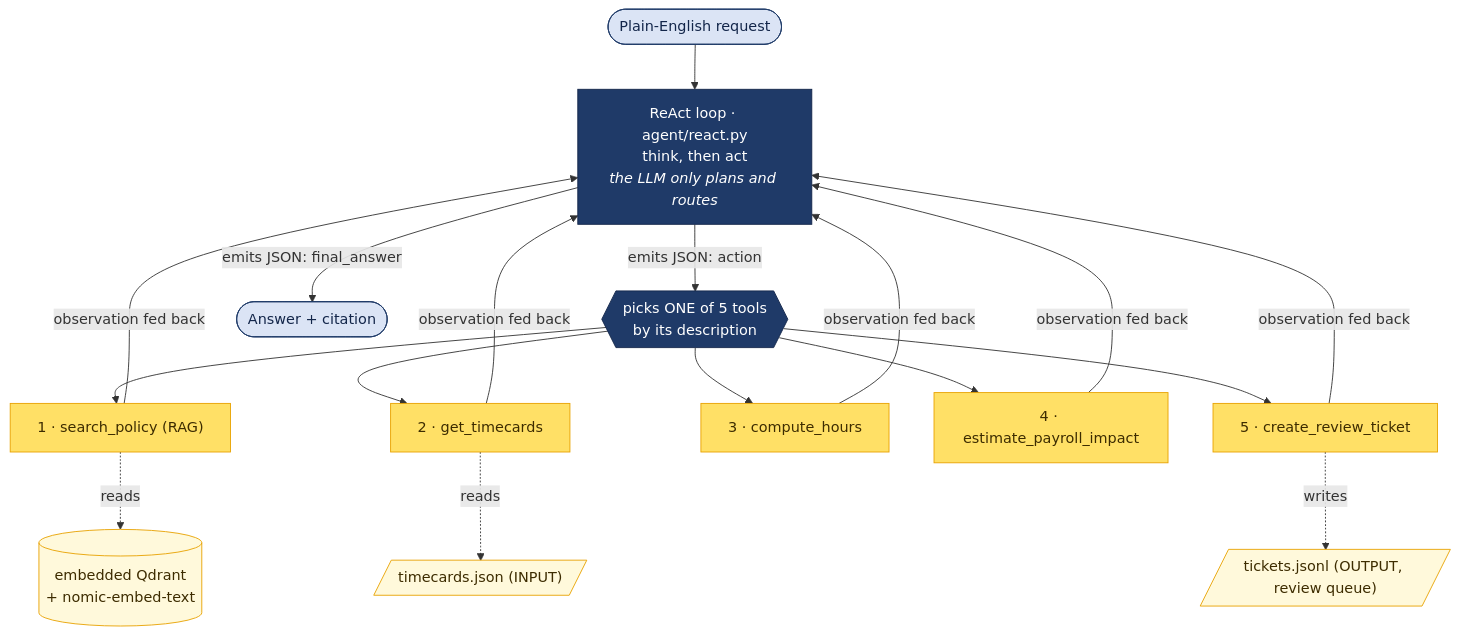
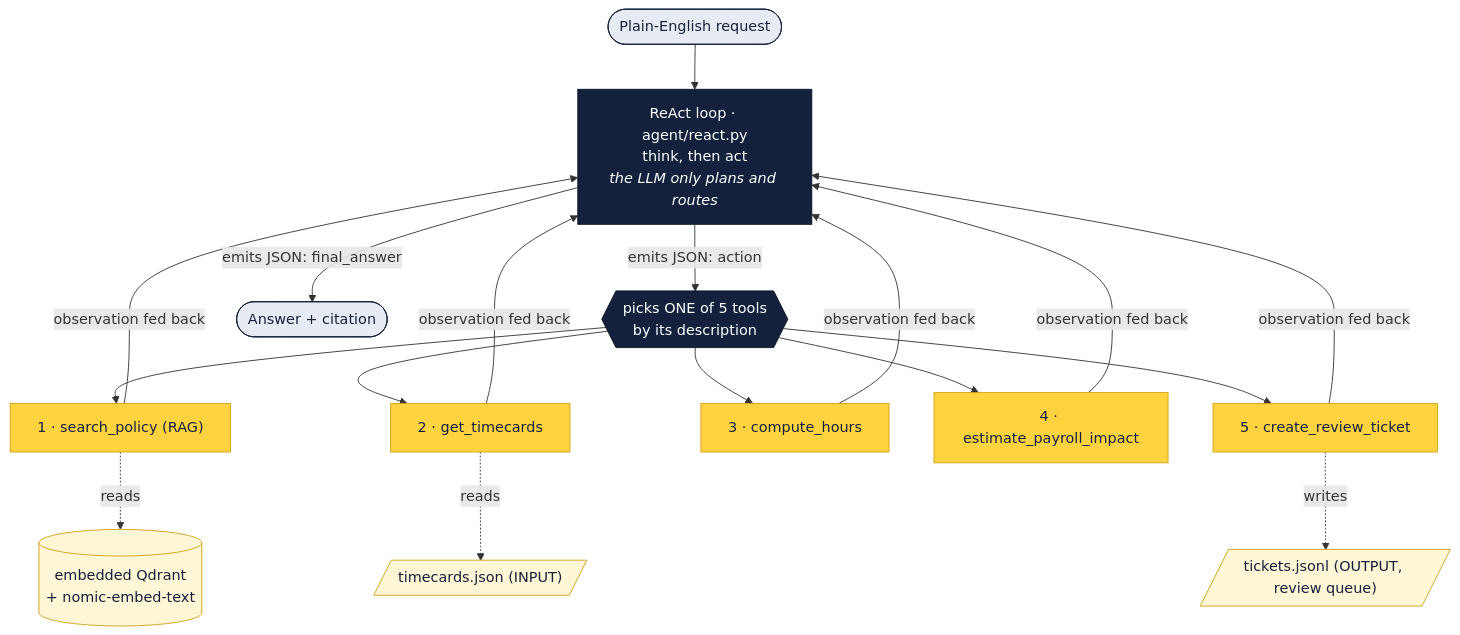
The first of 4 diagrams in README.md (2015pushkar/shiftguard_agent_v1), drawn with Mermaid before and after one commit. The commit also changed other lines of this file, not shown here.

Commit message:
docs: Update README with improved Mermaid diagram styles and refine future scope for productionizing

````diff
--- a/README.md
+++ b/README.md
@@ -22,27 +22,27 @@
 ```mermaid
 flowchart TD
     U(["Plain-English request"]) --> A["ReAct loop · agent/react.py<br/>think, then act<br/><i>the LLM only plans and routes</i>"]
     A -->|"emits JSON: action"| R{{"picks ONE of 5 tools<br/>by its description"}}
     A -->|"emits JSON: final_answer"| OUT(["Answer + citation"])
 
     R --> T1["1 · search_policy (RAG)"]
     R --> T2["2 · get_timecards"]
     R --> T3["3 · compute_hours"]
     R --> T4["4 · estimate_payroll_impact"]
     R --> T5["5 · create_review_ticket"]
 
     T1 & T2 & T3 & T4 & T5 -->|observation fed back| A
 
     T1 -. reads .-> QD[("embedded Qdrant<br/>+ nomic-embed-text")]
     T2 -. reads .-> JS[/"timecards.json (INPUT)"/]
     T5 -. writes .-> TK[/"tickets.jsonl (OUTPUT, review queue)"/]
 
-    classDef navy fill:#1f3a68,stroke:#13264a,color:#ffffff;
-    classDef navyLite fill:#dbe4f5,stroke:#1f3a68,color:#13264a;
-    classDef gold fill:#ffe066,stroke:#e8a200,color:#3d2c00;
-    classDef goldLite fill:#fff9db,stroke:#e8a200,color:#3d2c00;
+    classDef navy fill:#14213d,stroke:#0b1526,color:#ffffff;
+    classDef navyLite fill:#e6ebf4,stroke:#14213d,color:#14213d;
+    classDef gold fill:#ffd23f,stroke:#d4a017,color:#14213d;
+    classDef goldLite fill:#fff6d6,stroke:#d4a017,color:#14213d;
     class A,R navy;
     class U,OUT navyLite;
     class T1,T2,T3,T4,T5 gold;
     class QD,JS,TK goldLite;
 ```
````
